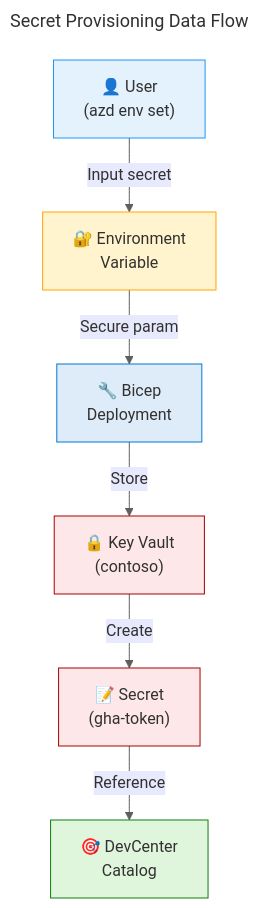
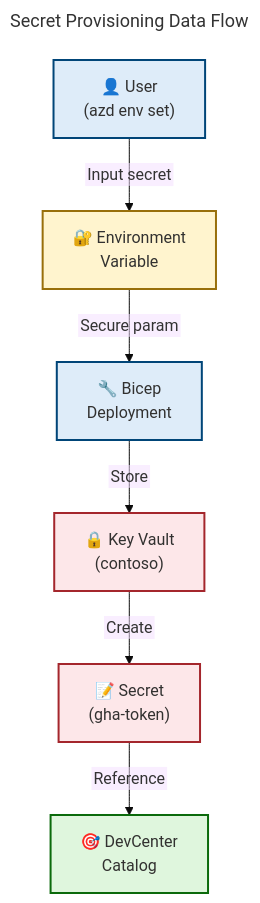
The fifth of 6 diagrams in docs/architecture/Data-Architecture.md (Evilazaro/DevExp-DevBox), drawn with Mermaid before and after one commit. The commit also changed other lines of this file, not shown here.

Commit message:
feat: enhance flowchart accessibility and styling for Data Architecture documentation

````diff
--- a/docs/architecture/Data-Architecture.md
+++ b/docs/architecture/Data-Architecture.md
@@ -733,35 +760,61 @@
 ```mermaid
 ---
 title: Secret Provisioning Data Flow
 config:
   theme: base
   themeVariables:
-    primaryColor: "#FDE7E9"
-    primaryTextColor: "#323130"
-    primaryBorderColor: "#A80000"
-    lineColor: "#605E5C"
+    fontSize: '16px'
+  flowchart:
+    htmlLabels: false
+    curve: cardinal
+    nodeSpacing: 50
+    rankSpacing: 50
 ---
 flowchart TB
     accTitle: Secret Provisioning Flow
-    accDescr: Shows secure secret flow from user to Key Vault to DevCenter
+    accDescr: Shows secure secret flow from user through environment variable to Key Vault and DevCenter with security stages indicated. WCAG AA compliant.
 
-    A["👤 User<br/>(azd env set)"]
-    B["🔐 Environment<br/>Variable"]
-    C["🔧 Bicep<br/>Deployment"]
-    D["🔒 Key Vault<br/>(contoso)"]
-    E["📝 Secret<br/>(gha-token)"]
-    F["🎯 DevCenter<br/>Catalog"]
+    %% ═══════════════════════════════════════════════════════════════════════════
+    %% AZURE / FLUENT ARCHITECTURE PATTERN v1.1
+    %% (Semantic + Structural + Font + Accessibility Governance)
+    %% ═══════════════════════════════════════════════════════════════════════════
+    %% PHASE 1 - STRUCTURAL: TB direction explicit, flat topology
+    %% PHASE 2 - SEMANTIC: 4 semantic colors with security flow justification:
+    %%   azureBlue (#DEECF9) = user input (source)
+    %%   sharedYellow (#FFF4CE) = environment variable (temporary storage)
+    %%   errorRed (#FDE7E9) = Key Vault secure storage (sensitive data)
+    %%   successGreen (#DFF6DD) = DevCenter consumption (deployed)
+    %% PHASE 3 - FONT: Dark text #323130 on light backgrounds (WCAG AA 4.5:1 contrast)
+    %% PHASE 4 - ACCESSIBILITY: accTitle/accDescr present, all nodes have emoji icons
+    %% PHASE 5 - STANDARD: Flat structure, semantic colors only on content nodes
+    %% ═══════════════════════════════════════════════════════════════════════════
+
+    A["👤 User<br/>(azd env set)"]:::azureBlue
+    B["🔐 Environment<br/>Variable"]:::sharedYellow
+    C["🔧 Bicep<br/>Deployment"]:::azureBlue
+    D["🔒 Key Vault<br/>(contoso)"]:::errorRed
+    E["📝 Secret<br/>(gha-token)"]:::errorRed
+    F["🎯 DevCenter<br/>Catalog"]:::successGreen
 
     A -->|Input secret| B
     B -->|Secure param| C
     C -->|Store| D
     D -->|Create| E
     E -->|Reference| F
 
-    style A fill:#E3F2FD,stroke:#2196F3
-    style B fill:#FFF4CE,stroke:#FFA500
-    style C fill:#DEECF9,stroke:#0078D4
-    style D fill:#FDE7E9,stroke:#A80000
-    style E fill:#FDE7E9,stroke:#A80000
-    style F fill:#DFF6DD,stroke:#107C10
+    %% Required classDef palette (ALL 14 - MANDATORY per MRM-D002)
+    classDef level1Group fill:#FFFFFF,stroke:#605E5C,stroke-width:3px,color:#323130
+    classDef level2Group fill:#F3F2F1,stroke:#605E5C,stroke-width:2px,color:#323130
+    classDef level3Group fill:#E1DFDD,stroke:#605E5C,stroke-width:2px,color:#323130
+    classDef level4Group fill:#D2D0CE,stroke:#605E5C,stroke-width:1px,color:#323130
+    classDef mainGroup fill:#FFFFFF,stroke:#605E5C,stroke-width:3px,color:#323130
+    classDef subGroup fill:#F3F2F1,stroke:#605E5C,stroke-width:2px,color:#323130
+    classDef azureBlue fill:#DEECF9,stroke:#004578,stroke-width:2px,color:#323130
+    classDef successGreen fill:#DFF6DD,stroke:#0B6A0B,stroke-width:2px,color:#323130
+    classDef errorRed fill:#FDE7E9,stroke:#A4262C,stroke-width:2px,color:#323130
+    classDef sharedYellow fill:#FFF4CE,stroke:#986F0B,stroke-width:2px,color:#323130
+    classDef warningOrange fill:#FDE7E9,stroke:#8A3707,stroke-width:2px,color:#323130
+    classDef neutralPurple fill:#E1DFDD,stroke:#5B5FC7,stroke-width:2px,color:#323130
+    classDef presenceTeal fill:#C8F0E7,stroke:#00666B,stroke-width:2px,color:#323130
+    classDef neutralGrey fill:#F3F2F1,stroke:#605E5C,stroke-width:2px,color:#323130
 ```
````
